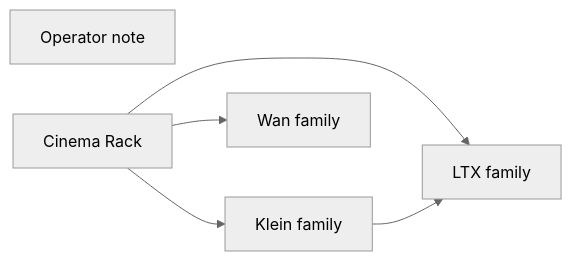
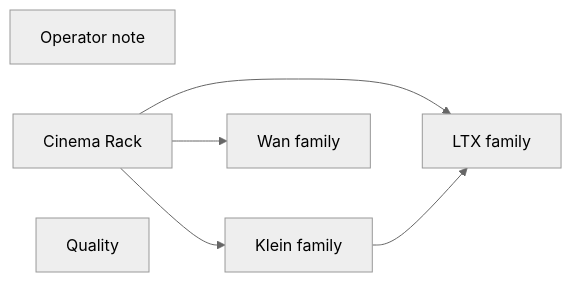
The diagram in docs/generated/workflows/inspire/cinema-rack.md (toxicoder/ez-comfy-stack), drawn with Mermaid (neutral theme) before and after one commit. The commit also changed other lines of this file and 644 other files, not shown here.

````diff
--- a/docs/generated/workflows/inspire/cinema-rack.md
+++ b/docs/generated/workflows/inspire/cinema-rack.md
@@ -62,12 +62,13 @@
 ```mermaid
 flowchart LR
   N1["Operator note"]
   N5["Cinema Rack"]
   N2["Klein family"]
   N3["Wan family"]
   N4["LTX family"]
+  N6["Quality"]
   N5 --> N2
   N5 --> N3
   N5 --> N4
   N2 --> N4
 ```
````
